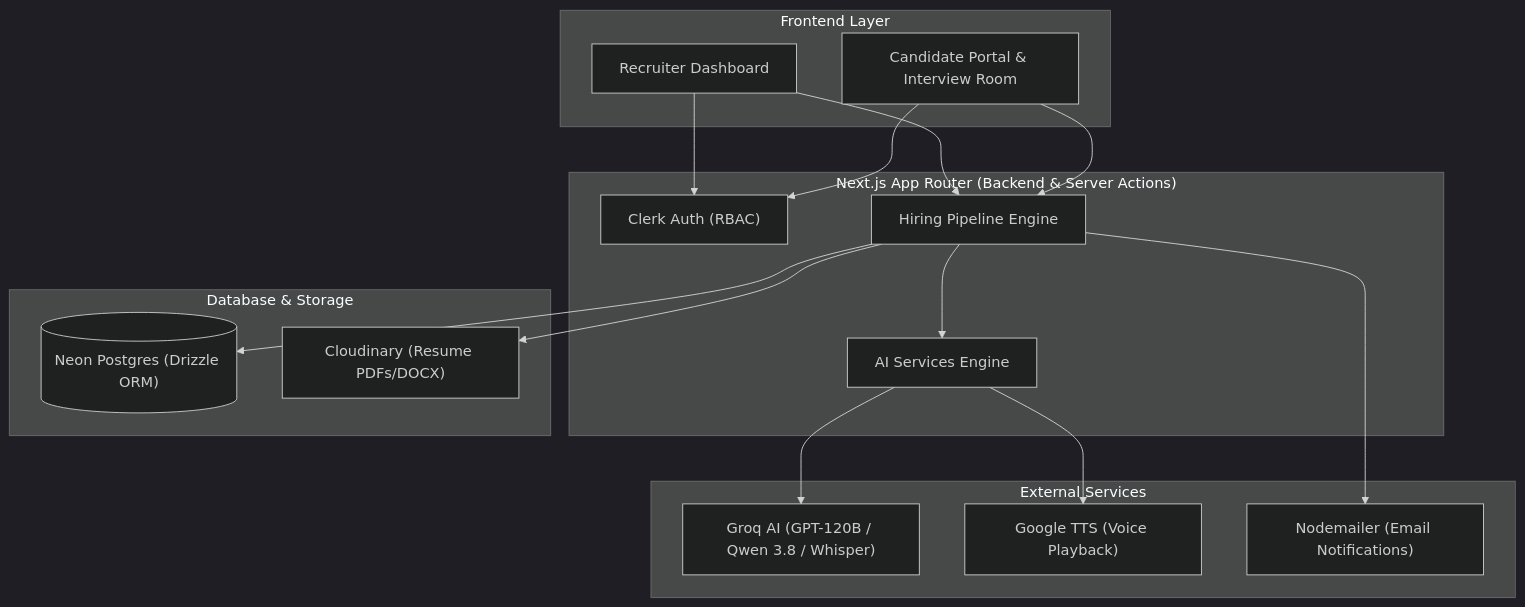
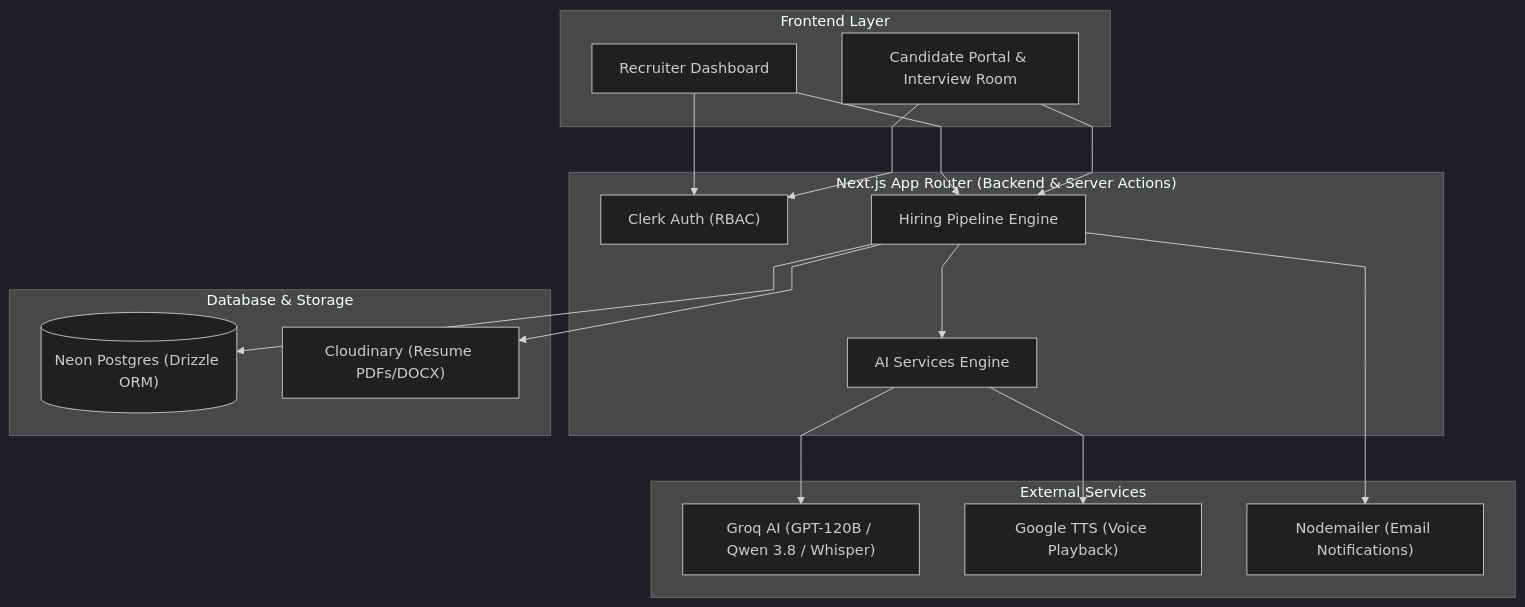
Before and after one commit to divysaxena24/Recrutva: the first of 2 diagrams in README.md, drawn with Mermaid (dark theme).

Commit message:
docs: configure linear straight arrow lines for system architecture diagram

````diff
--- a/README.md
+++ b/README.md
@@ -9,33 +9,36 @@
 ```mermaid
+%%{init: {'flowchart': {'curve': 'linear'}}}%%
 graph TD
     subgraph Frontend ["Frontend Layer"]
         Recruiter["Recruiter Dashboard"]
         Candidate["Candidate Portal & Interview Room"]
     end
 
     subgraph Backend ["Next.js App Router (Backend & Server Actions)"]
         Auth["Clerk Auth (RBAC)"]
         Pipeline["Hiring Pipeline Engine"]
         AIEngine["AI Services Engine"]
     end
 
     subgraph StorageLayer ["Database & Storage"]
         DB[("Neon Postgres (Drizzle ORM)")]
         Storage["Cloudinary (Resume PDFs/DOCX)"]
     end
 
     subgraph ExternalServices ["External Services"]
         Groq["Groq AI (GPT-120B / Qwen 3.8 / Whisper)"]
         TTS["Google TTS (Voice Playback)"]
         Email["Nodemailer (Email Notifications)"]
     end
 
-    Recruiter & Candidate --> Auth
-    Recruiter & Candidate --> Pipeline
+    Recruiter --> Auth
+    Candidate --> Auth
+    Recruiter --> Pipeline
+    Candidate --> Pipeline
     Pipeline --> AIEngine
     Pipeline --> DB
     Pipeline --> Storage
+    Pipeline --> Email
     AIEngine --> Groq
     AIEngine --> TTS
-    Pipeline --> Email
 ```
````
